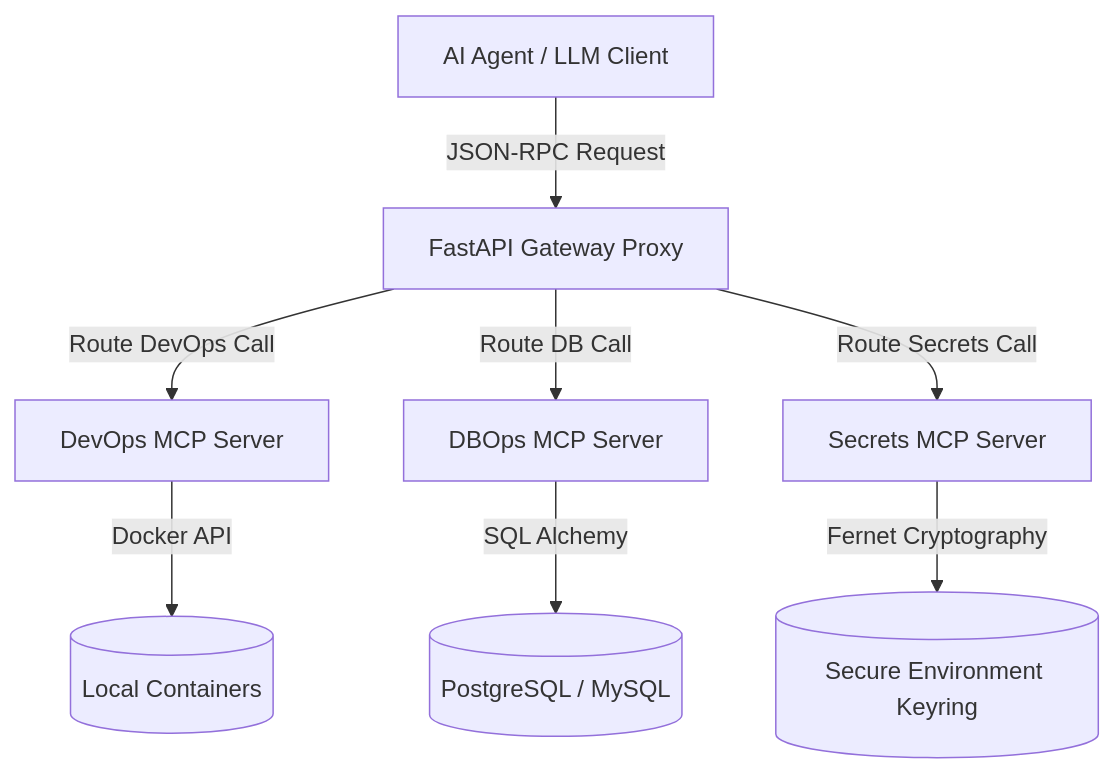
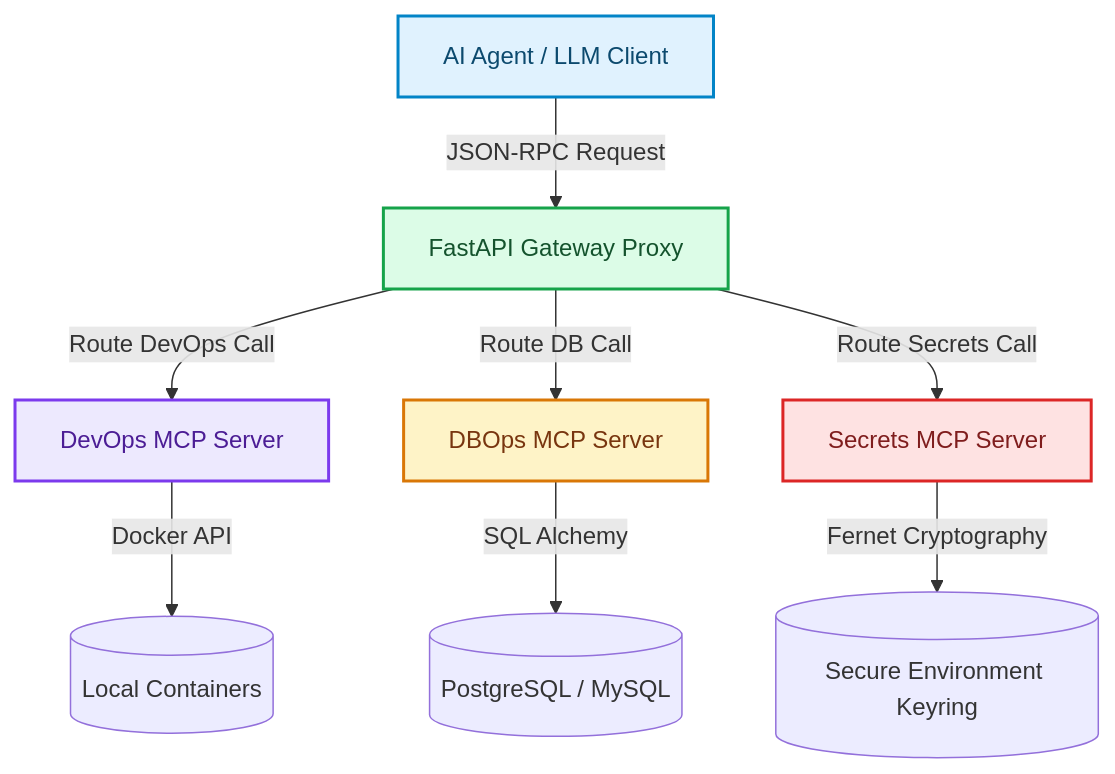
Before and after one commit to akmalkhaniub/akmalkhaniub.github.io: the diagram in blog/posts/context-engineering-mcp.md, drawn with Mermaid. The commit also changed other lines of this file and 1291 other files, not shown here.

First line of the commit message:
feat(catalog): unique covers, scholarly references, and diagram palettes

````diff
--- a/blog/posts/context-engineering-mcp.md
+++ b/blog/posts/context-engineering-mcp.md
@@ -26,11 +26,22 @@
 ```mermaid
 flowchart TD
-    A[AI Agent / LLM Client] -->|JSON-RPC Request| B[FastAPI Gateway Proxy]
-    B -->|Route DevOps Call| C[DevOps MCP Server]
-    B -->|Route DB Call| D[DBOps MCP Server]
-    B -->|Route Secrets Call| E[Secrets MCP Server]
+    A["AI Agent / LLM Client"] -->|JSON-RPC Request| B["FastAPI Gateway Proxy"]
+    B -->|Route DevOps Call| C["DevOps MCP Server"]
+    B -->|Route DB Call| D["DBOps MCP Server"]
+    B -->|Route Secrets Call| E["Secrets MCP Server"]
     
     C -->|Docker API| F[(Local Containers)]
     D -->|SQL Alchemy| G[(PostgreSQL / MySQL)]
     E -->|Fernet Cryptography| H[(Secure Environment Keyring)]
+
+classDef green fill:#dcfce7,stroke:#16a34a,stroke-width:2px,color:#14532d;
+classDef red fill:#fee2e2,stroke:#dc2626,stroke-width:2px,color:#7f1d1d;
+classDef blue fill:#e0f2fe,stroke:#0284c7,stroke-width:2px,color:#0c4a6e;
+classDef yellow fill:#fef3c7,stroke:#d97706,stroke-width:2px,color:#78350f;
+classDef purple fill:#ede9fe,stroke:#7c3aed,stroke-width:2px,color:#4c1d95;
+class A blue
+class B green
+class C purple
+class D yellow
+class E red
 ```
````
